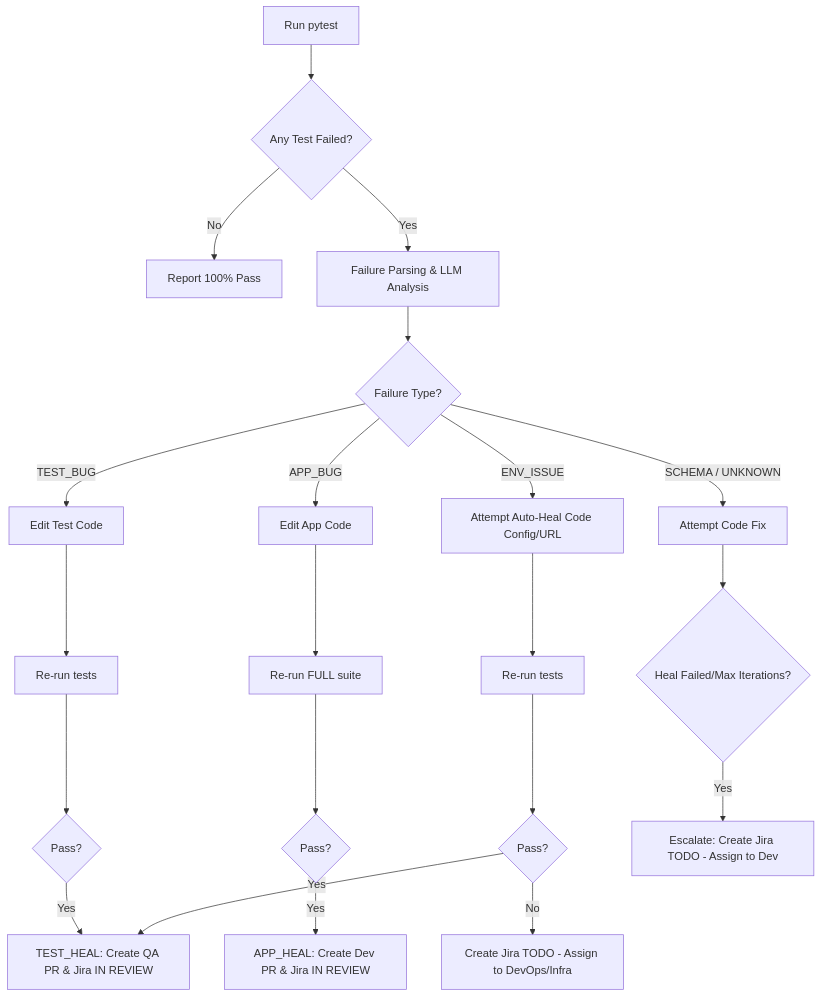
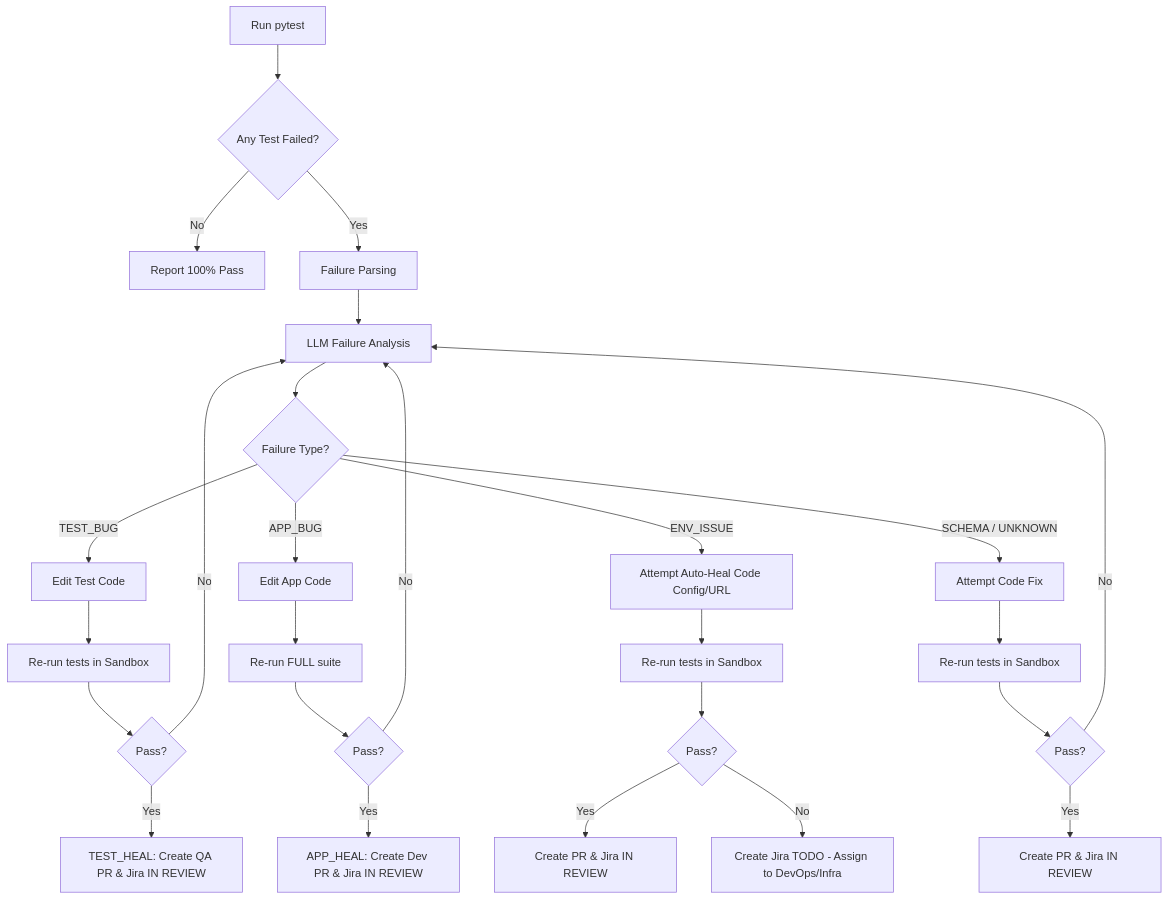
Before and after one commit to mohit-mungra-moschip/agentic_pipeline: the diagram in demo_presentation_guide.md, drawn with Mermaid. The commit also changed 1 other file, not shown here.

Commit message:
docs: separate Failure Parsing and LLM Analysis and add sandbox feedback loop to flowchart

````diff
--- a/demo_presentation_guide.md
+++ b/demo_presentation_guide.md
@@ -108,28 +108,33 @@
 ```mermaid
 graph TD
     A[Run pytest] --> B{Any Test Failed?}
     B -- No --> C[Report 100% Pass]
-    B -- Yes --> D[Failure Parsing & LLM Analysis]
+    B -- Yes --> D[Failure Parsing]
+    D --> E[LLM Failure Analysis]
     
-    D --> E{Failure Type?}
+    E --> F{Failure Type?}
     
-    E -- TEST_BUG --> F[Edit Test Code]
-    F --> G[Re-run tests]
-    G --> H{Pass?}
-    H -- Yes --> I[TEST_HEAL: Create QA PR & Jira IN REVIEW]
+    F -- TEST_BUG --> G[Edit Test Code]
+    G --> H[Re-run tests in Sandbox]
+    H --> I{Pass?}
+    I -- Yes --> J[TEST_HEAL: Create QA PR & Jira IN REVIEW]
+    I -- No --> E
     
-    E -- APP_BUG --> J[Edit App Code]
-    J --> K[Re-run FULL suite]
-    K --> L{Pass?}
-    L -- Yes --> M[APP_HEAL: Create Dev PR & Jira IN REVIEW]
+    F -- APP_BUG --> K[Edit App Code]
+    K --> L[Re-run FULL suite]
+    L --> M{Pass?}
+    M -- Yes --> N[APP_HEAL: Create Dev PR & Jira IN REVIEW]
+    M -- No --> E
     
-    E -- ENV_ISSUE --> N[Attempt Auto-Heal Code Config/URL]
-    N --> N2[Re-run tests]
-    N2 --> N3{Pass?}
-    N3 -- Yes --> I
-    N3 -- No --> O[Create Jira TODO - Assign to DevOps/Infra]
+    F -- ENV_ISSUE --> O[Attempt Auto-Heal Code Config/URL]
+    O --> P[Re-run tests in Sandbox]
+    P --> Q{Pass?}
+    Q -- Yes --> R[Create PR & Jira IN REVIEW]
+    Q -- No --> S[Create Jira TODO - Assign to DevOps/Infra]
     
-    E -- SCHEMA / UNKNOWN --> P[Attempt Code Fix]
-    P --> Q{Heal Failed/Max Iterations?}
-    Q -- Yes --> R[Escalate: Create Jira TODO - Assign to Dev]
+    F -- SCHEMA / UNKNOWN --> T[Attempt Code Fix]
+    T --> U[Re-run tests in Sandbox]
+    U --> V{Pass?}
+    V -- Yes --> W[Create PR & Jira IN REVIEW]
+    V -- No --> E
 ```
````
